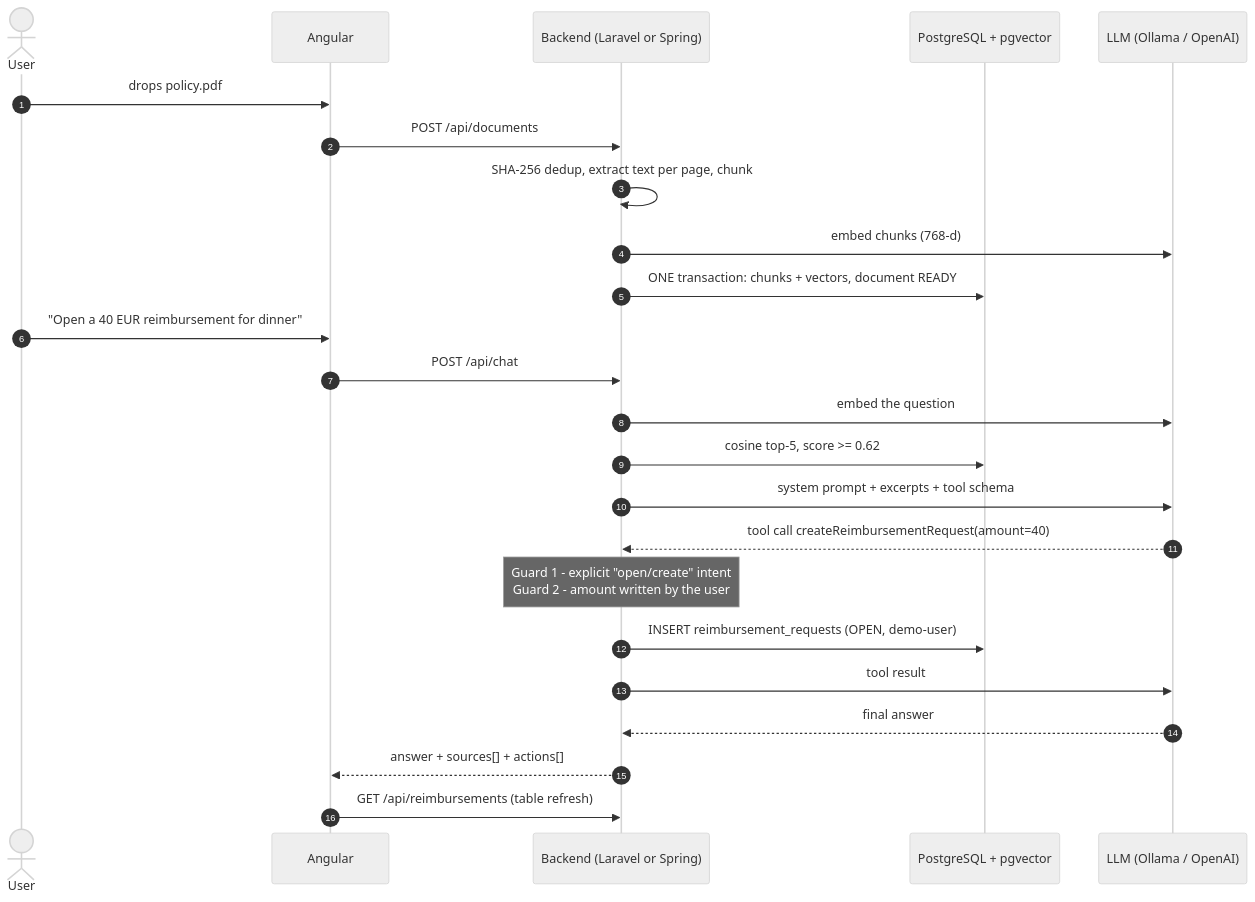
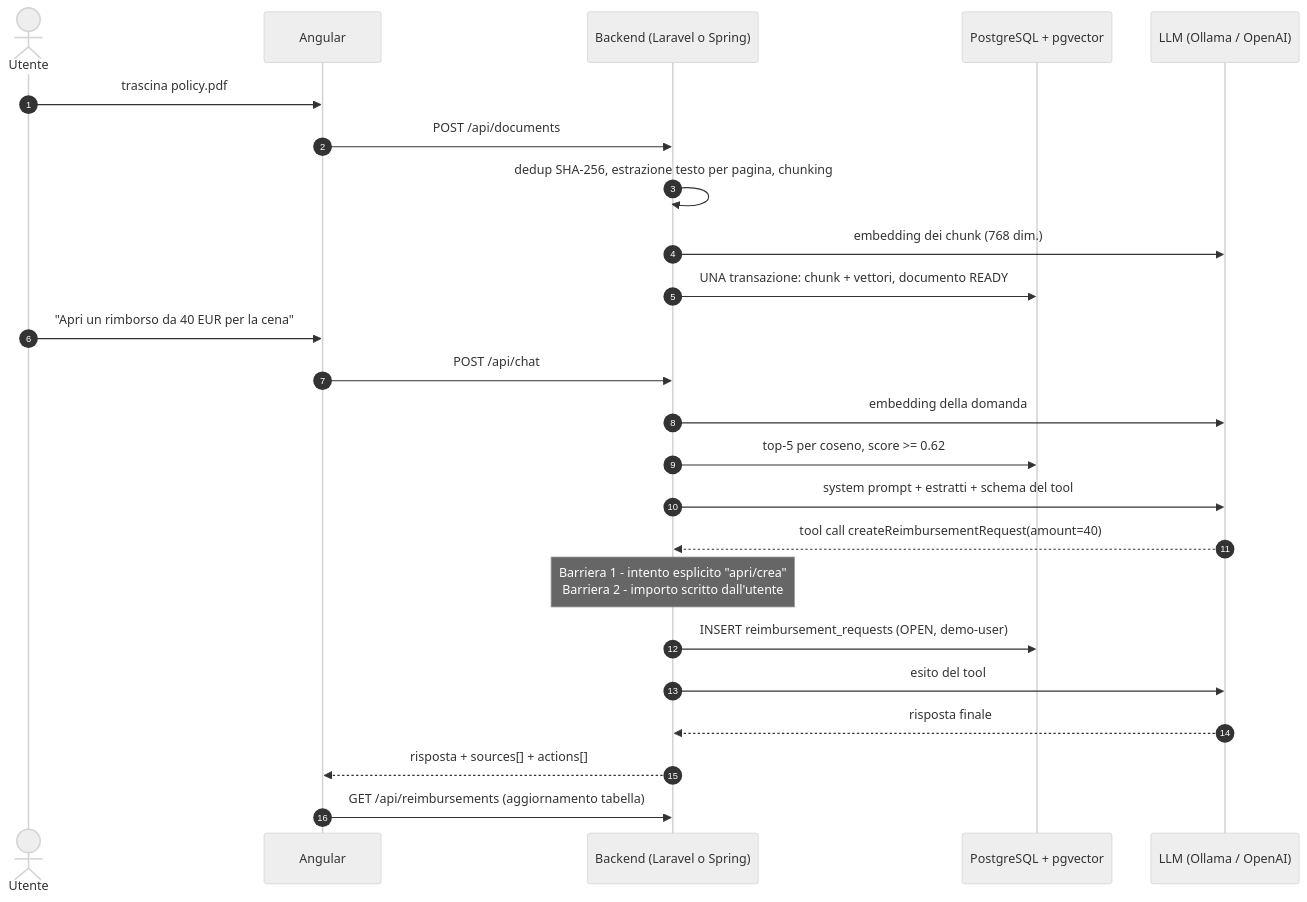
One commit to alessandromari81-creator/enterprise-ai-assistant changed the second of 2 diagrams in README.md. Above: the diagram before and after it, drawn with Mermaid (neutral theme). The commit also changed other lines of this file and 4 other files, not shown here.

````diff
--- a/README.md
+++ b/README.md
@@ -74,28 +74,28 @@
 ```mermaid
 sequenceDiagram
     autonumber
-    actor U as User
+    actor U as Utente
     participant FE as Angular
-    participant BE as Backend (Laravel or Spring)
+    participant BE as Backend (Laravel o Spring)
     participant DB as PostgreSQL + pgvector
     participant LLM as LLM (Ollama / OpenAI)
 
-    U->>FE: drops policy.pdf
+    U->>FE: trascina policy.pdf
     FE->>BE: POST /api/documents
-    BE->>BE: SHA-256 dedup, extract text per page, chunk
-    BE->>LLM: embed chunks (768-d)
-    BE->>DB: ONE transaction: chunks + vectors, document READY
+    BE->>BE: dedup SHA-256, estrazione testo per pagina, chunking
+    BE->>LLM: embedding dei chunk (768 dim.)
+    BE->>DB: UNA transazione: chunk + vettori, documento READY
 
-    U->>FE: "Open a 40 EUR reimbursement for dinner"
+    U->>FE: "Apri un rimborso da 40 EUR per la cena"
     FE->>BE: POST /api/chat
-    BE->>LLM: embed the question
-    BE->>DB: cosine top-5, score >= 0.62
-    BE->>LLM: system prompt + excerpts + tool schema
+    BE->>LLM: embedding della domanda
+    BE->>DB: top-5 per coseno, score >= 0.62
+    BE->>LLM: system prompt + estratti + schema del tool
     LLM-->>BE: tool call createReimbursementRequest(amount=40)
-    Note over BE: Guard 1 - explicit "open/create" intent<br/>Guard 2 - amount written by the user
+    Note over BE: Barriera 1 - intento esplicito "apri/crea"<br/>Barriera 2 - importo scritto dall'utente
     BE->>DB: INSERT reimbursement_requests (OPEN, demo-user)
-    BE->>LLM: tool result
-    LLM-->>BE: final answer
-    BE-->>FE: answer + sources[] + actions[]
-    FE->>BE: GET /api/reimbursements (table refresh)
+    BE->>LLM: esito del tool
+    LLM-->>BE: risposta finale
+    BE-->>FE: risposta + sources[] + actions[]
+    FE->>BE: GET /api/reimbursements (aggiornamento tabella)
 ```
````
